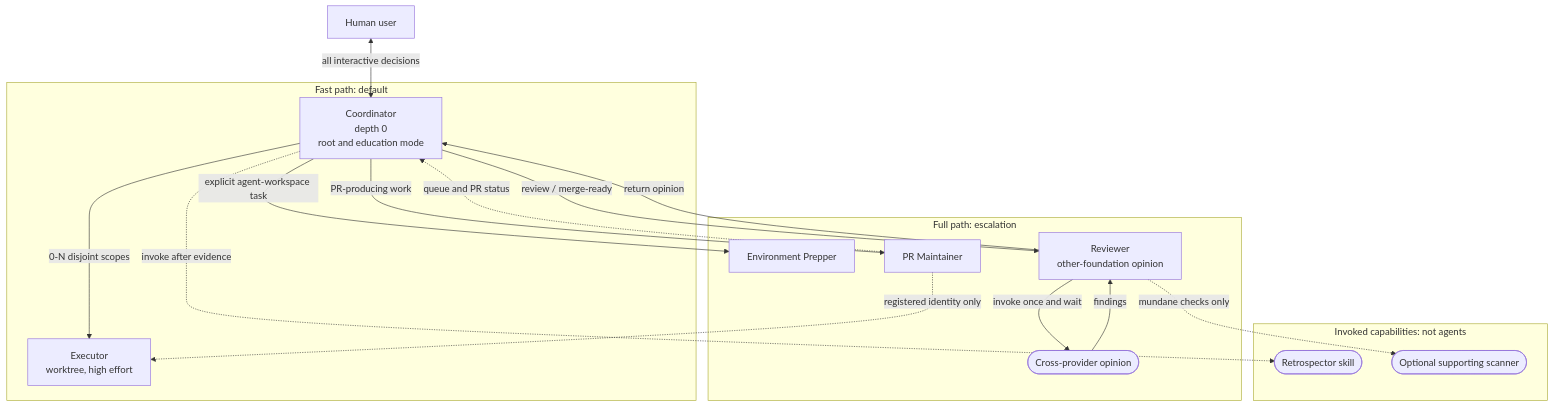
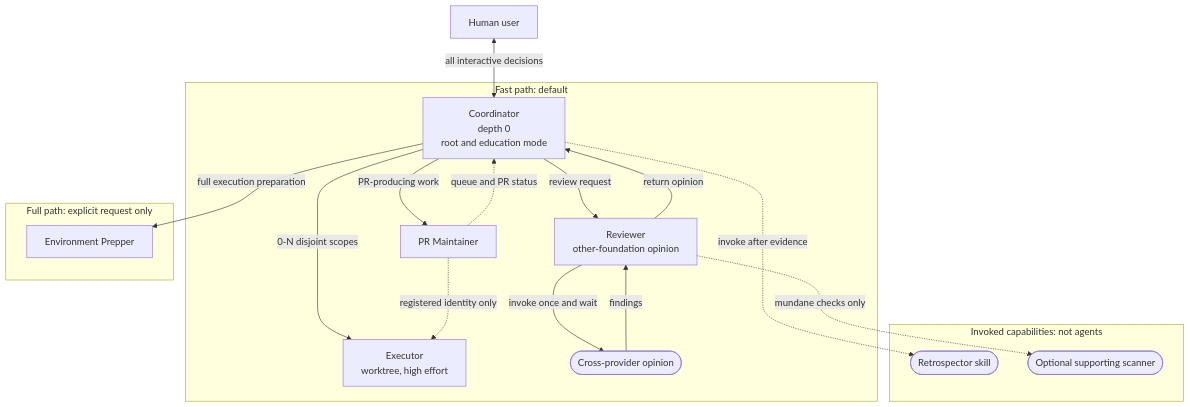
The diagram in agent-workflows/topology.md (autumnust/harness-setup), drawn with Mermaid before and after one commit. The commit also changed other lines of this file and 16 other files, not shown here.

````diff
--- a/agent-workflows/topology.md
+++ b/agent-workflows/topology.md
@@ -8,34 +9,34 @@
 ```mermaid
 flowchart TB
     Human["Human user"] <-->|all interactive decisions| Coordinator
 
     subgraph Fast["Fast path: default"]
         Coordinator["Coordinator<br/>depth 0<br/>root and education mode"]
         Executor["Executor<br/>worktree, high effort"]
         Coordinator -->|0-N disjoint scopes| Executor
-    end
-
-    subgraph Full["Full path: escalation"]
-        Prep["Environment Prepper"]
         Reviewer["Reviewer<br/>other-foundation opinion"]
         Maintainer["PR Maintainer"]
         Opinion(["Cross-provider opinion"])
     end
 
-    Coordinator -->|explicit agent-workspace task| Prep
-    Coordinator -->|review / merge-ready| Reviewer
+    subgraph Full["Full path: explicit request only"]
+        Prep["Environment Prepper"]
+    end
+
+    Coordinator -->|full execution preparation| Prep
+    Coordinator -->|review request| Reviewer
     Coordinator -->|PR-producing work| Maintainer
     Reviewer -->|invoke once and wait| Opinion
     Opinion -->|findings| Reviewer
     Reviewer -->|return opinion| Coordinator
     Maintainer -.->|queue and PR status| Coordinator
     Maintainer -.->|registered identity only| Executor
 
     subgraph Tools["Invoked capabilities: not agents"]
         Retrospector(["Retrospector skill"])
         Scanner(["Optional supporting scanner"])
     end
 
     Coordinator -.->|invoke after evidence| Retrospector
     Reviewer -.->|mundane checks only| Scanner
 ```
````
